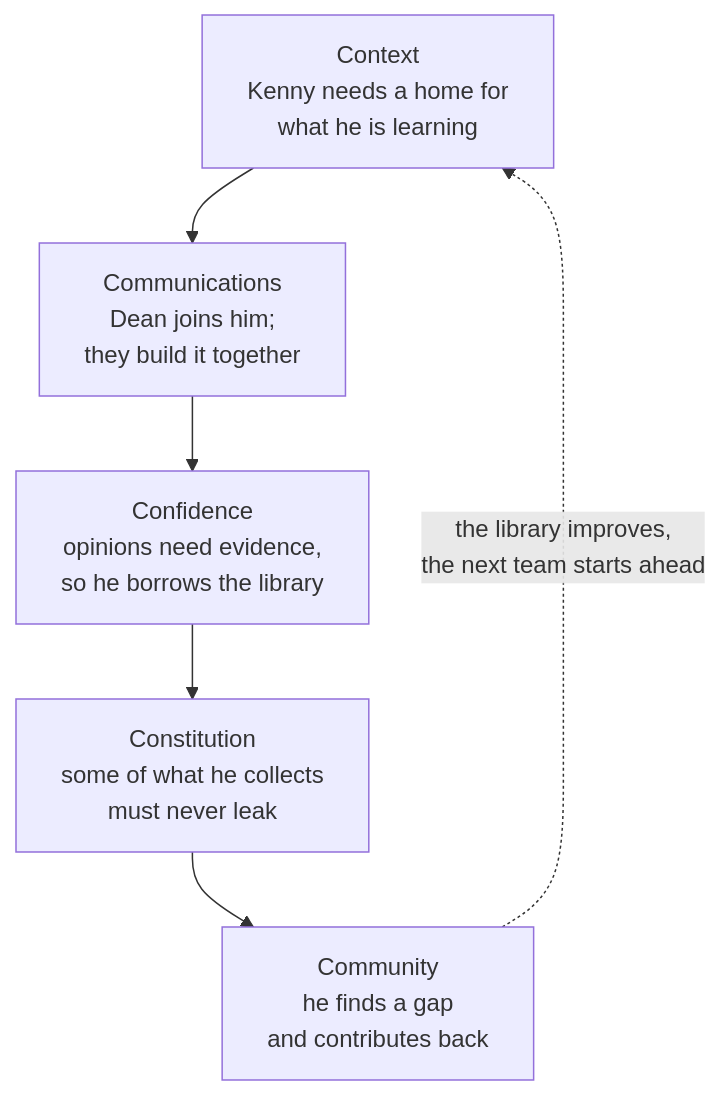
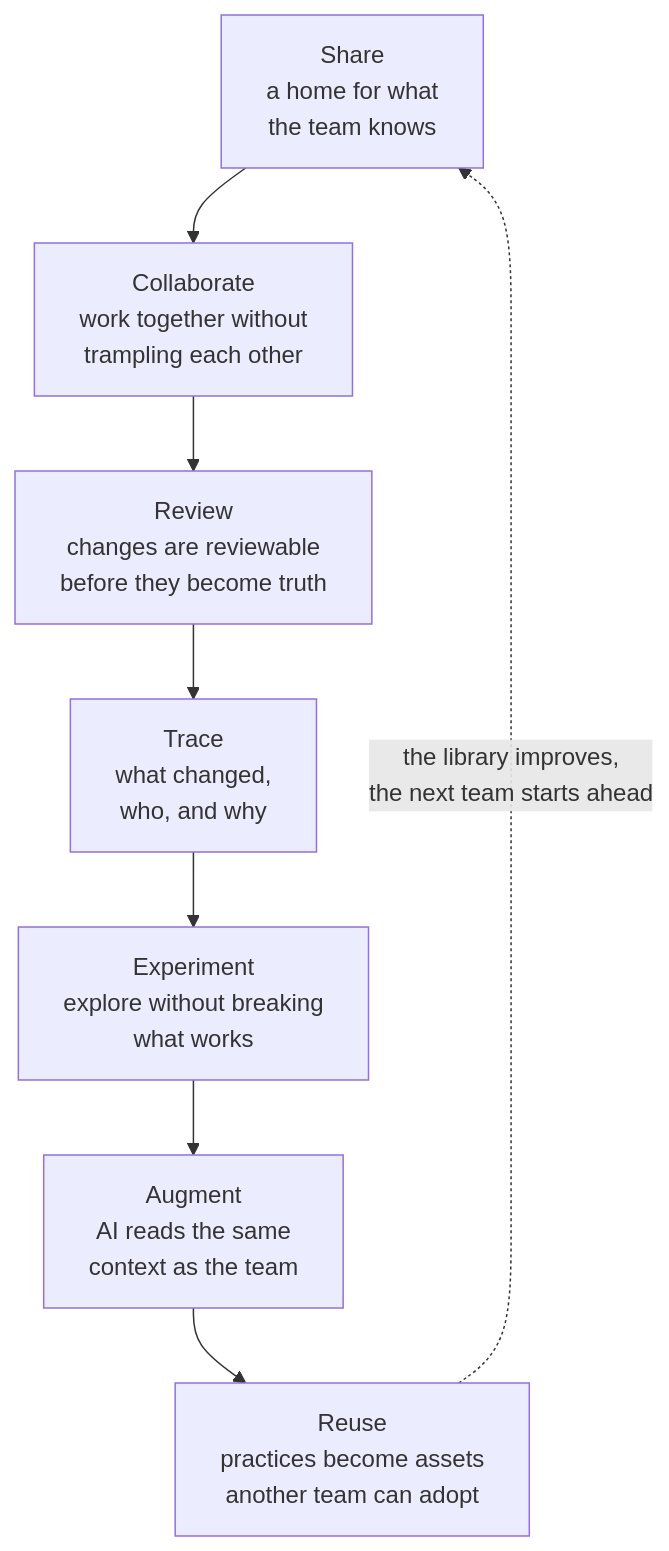
Diagram 31 of 34 in docs/diagrams.md (Productside/Productside-Github4PMs), drawn with Mermaid before and after one commit. The commit also changed other lines of this file and 36 other files, not shown here.

First line of the commit message:
Reorganize diagrams by capability and add 5 missing workflow diagrams

````diff
--- a/docs/diagrams.md
+++ b/docs/diagrams.md
@@ -581,11 +700,13 @@
 ```mermaid
 flowchart TD
-  P1["Context<br/>Kenny needs a home for<br/>what he is learning"]
-  P2["Communications<br/>Dean joins him;<br/>they build it together"]
-  P3["Confidence<br/>opinions need evidence,<br/>so he borrows the library"]
-  P4["Constitution<br/>some of what he collects<br/>must never leak"]
-  P5["Community<br/>he finds a gap<br/>and contributes back"]
+  S["Share<br/>a home for what<br/>the team knows"]
+  CO["Collaborate<br/>work together without<br/>trampling each other"]
+  RV["Review<br/>changes are reviewable<br/>before they become truth"]
+  TR["Trace<br/>what changed,<br/>who, and why"]
+  EX["Experiment<br/>explore without breaking<br/>what works"]
+  AU["Augment<br/>AI reads the same<br/>context as the team"]
+  RE["Reuse<br/>practices become assets<br/>another team can adopt"]
 
-  P1 --> P2 --> P3 --> P4 --> P5
-  P5 -.->|"the library improves,<br/>the next team starts ahead"| P1
+  S --> CO --> RV --> TR --> EX --> AU --> RE
+  RE -.->|"the library improves,<br/>the next team starts ahead"| S
 ```
````
